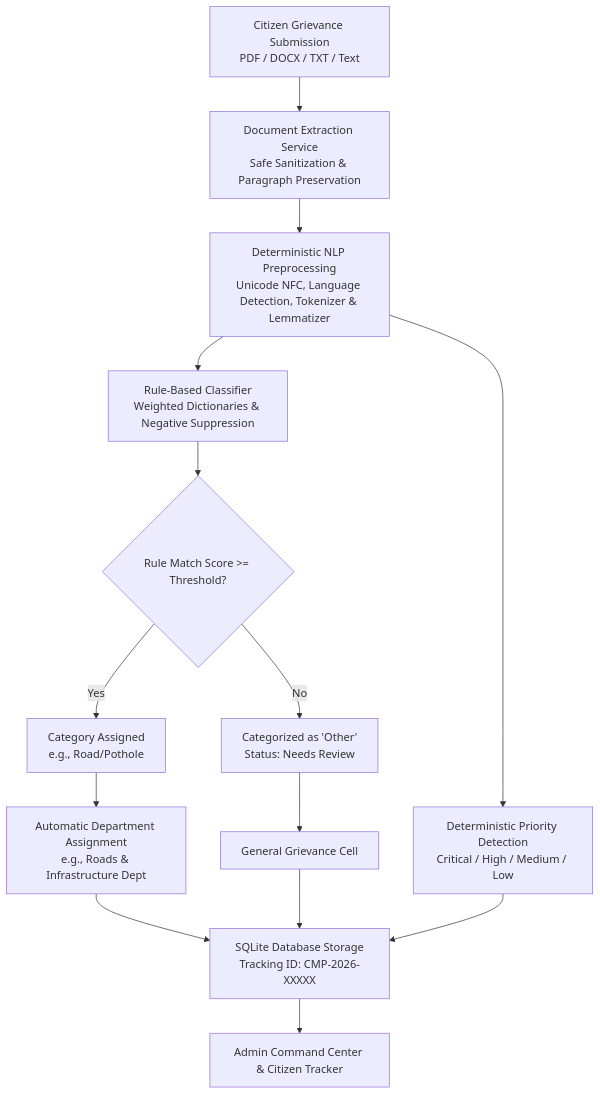
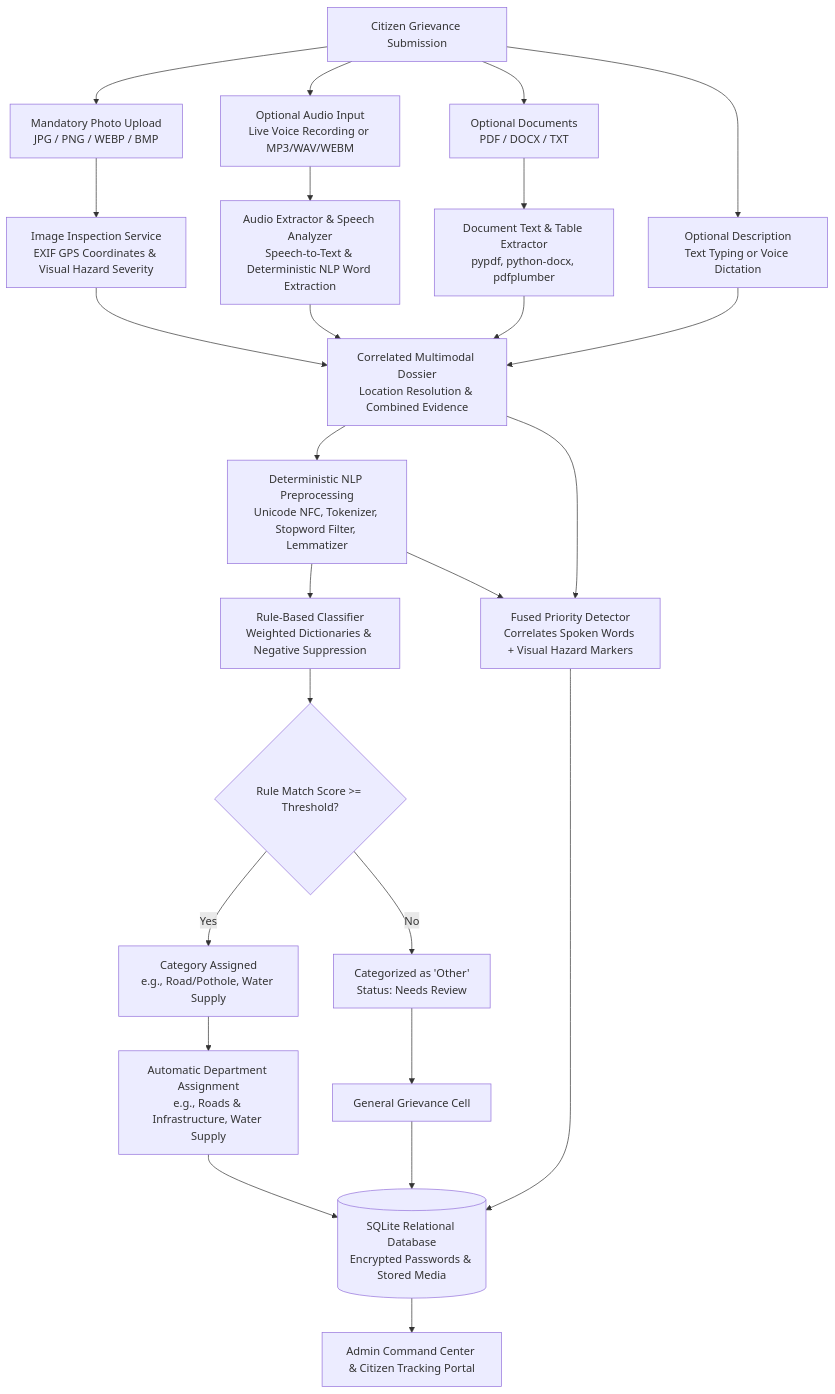
The first of 2 diagrams in README.md (Shivam-codex/BTechMajor), drawn with Mermaid before and after one commit. The commit also changed other lines of this file and 37 other files, not shown here.

Commit message:
feat: implement multimodal complaint intake, speech transcription, visual priority inspection, and RAG assistant

````diff
--- a/README.md
+++ b/README.md
@@ -31,16 +27,27 @@
 ```mermaid
 flowchart TD
-    A[Citizen Grievance Submission\nPDF / DOCX / TXT / Text] --> B[Document Extraction Service\nSafe Sanitization & Paragraph Preservation]
-    B --> C[Deterministic NLP Preprocessing\nUnicode NFC, Language Detection, Tokenizer & Lemmatizer]
-    C --> D[Rule-Based Classifier\nWeighted Dictionaries & Negative Suppression]
-    D --> E{Rule Match Score >= Threshold?}
-    E -- Yes --> F[Category Assigned\ne.g., Road/Pothole]
-    E -- No --> G[Categorized as 'Other'\nStatus: Needs Review]
-    F --> H[Automatic Department Assignment\ne.g., Roads & Infrastructure Dept]
-    G --> I[General Grievance Cell]
-    C --> J[Deterministic Priority Detection\nCritical / High / Medium / Low]
-    H --> K[SQLite Database Storage\nTracking ID: CMP-2026-XXXXX]
-    I --> K
-    J --> K
-    K --> L[Admin Command Center & Citizen Tracker]
+    A[Citizen Grievance Submission] --> B[Mandatory Photo Upload\nJPG / PNG / WEBP / BMP]
+    A --> C[Optional Audio Input\nLive Voice Recording or MP3/WAV/WEBM]
+    A --> D[Optional Documents\nPDF / DOCX / TXT]
+    A --> E[Optional Description\nText Typing or Voice Dictation]
+
+    B --> F[Image Inspection Service\nEXIF GPS Coordinates & Visual Hazard Severity]
+    C --> G[Audio Extractor & Speech Analyzer\nSpeech-to-Text & Deterministic NLP Word Extraction]
+    D --> H[Document Text & Table Extractor\npypdf, python-docx, pdfplumber]
+
+    F & G & H & E --> I[Correlated Multimodal Dossier\nLocation Resolution & Combined Evidence]
+    I --> J[Deterministic NLP Preprocessing\nUnicode NFC, Tokenizer, Stopword Filter, Lemmatizer]
+    J --> K[Rule-Based Classifier\nWeighted Dictionaries & Negative Suppression]
+    
+    K --> L{Rule Match Score >= Threshold?}
+    L -- Yes --> M[Category Assigned\ne.g., Road/Pothole, Water Supply]
+    L -- No --> N[Categorized as 'Other'\nStatus: Needs Review]
+    
+    M --> O[Automatic Department Assignment\ne.g., Roads & Infrastructure, Water Supply]
+    N --> P[General Grievance Cell]
+
+    I & J --> Q[Fused Priority Detector\nCorrelates Spoken Words + Visual Hazard Markers]
+    
+    O & P & Q --> R[(SQLite Relational Database\nEncrypted Passwords & Stored Media)]
+    R --> S[Admin Command Center & Citizen Tracking Portal]
 ```
````
